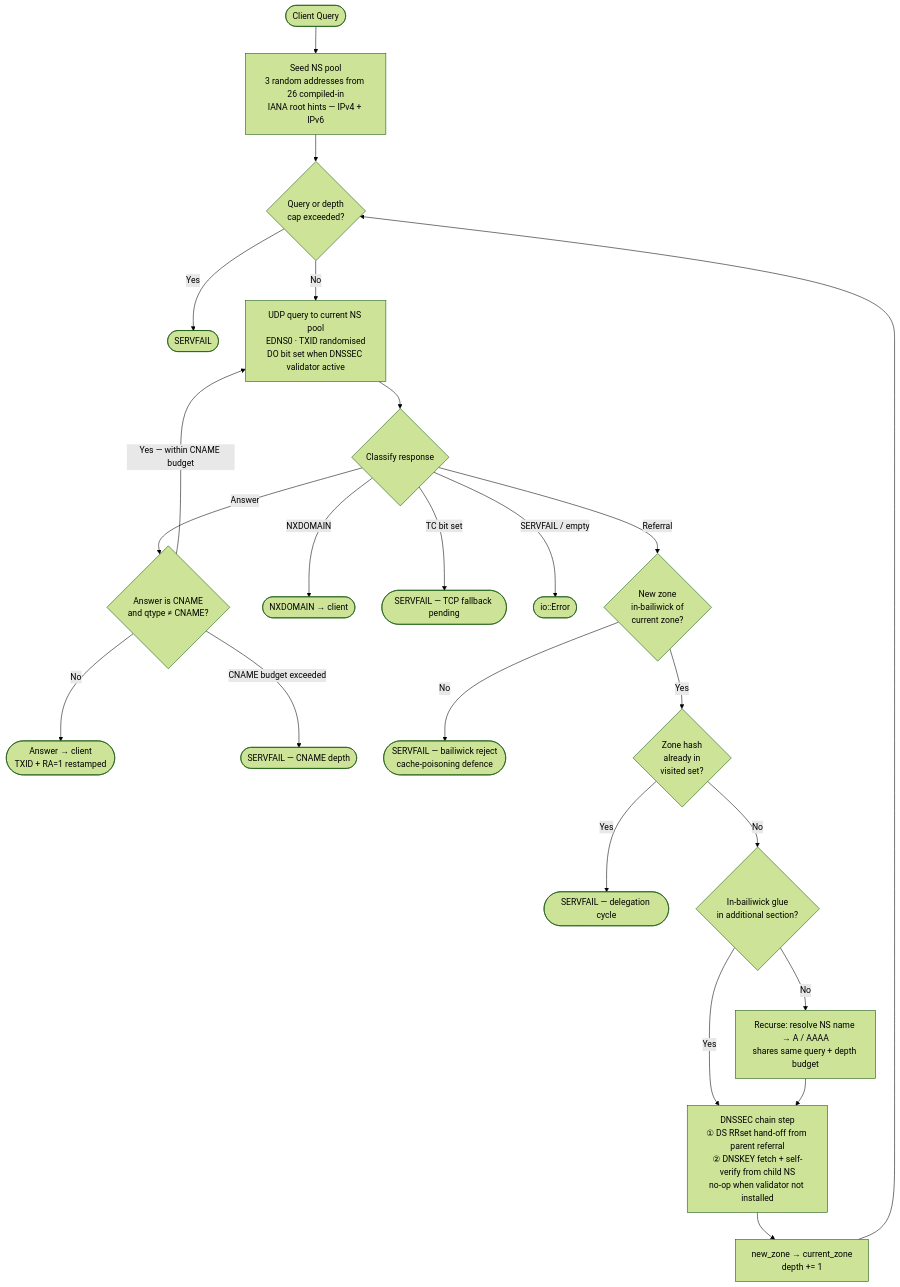
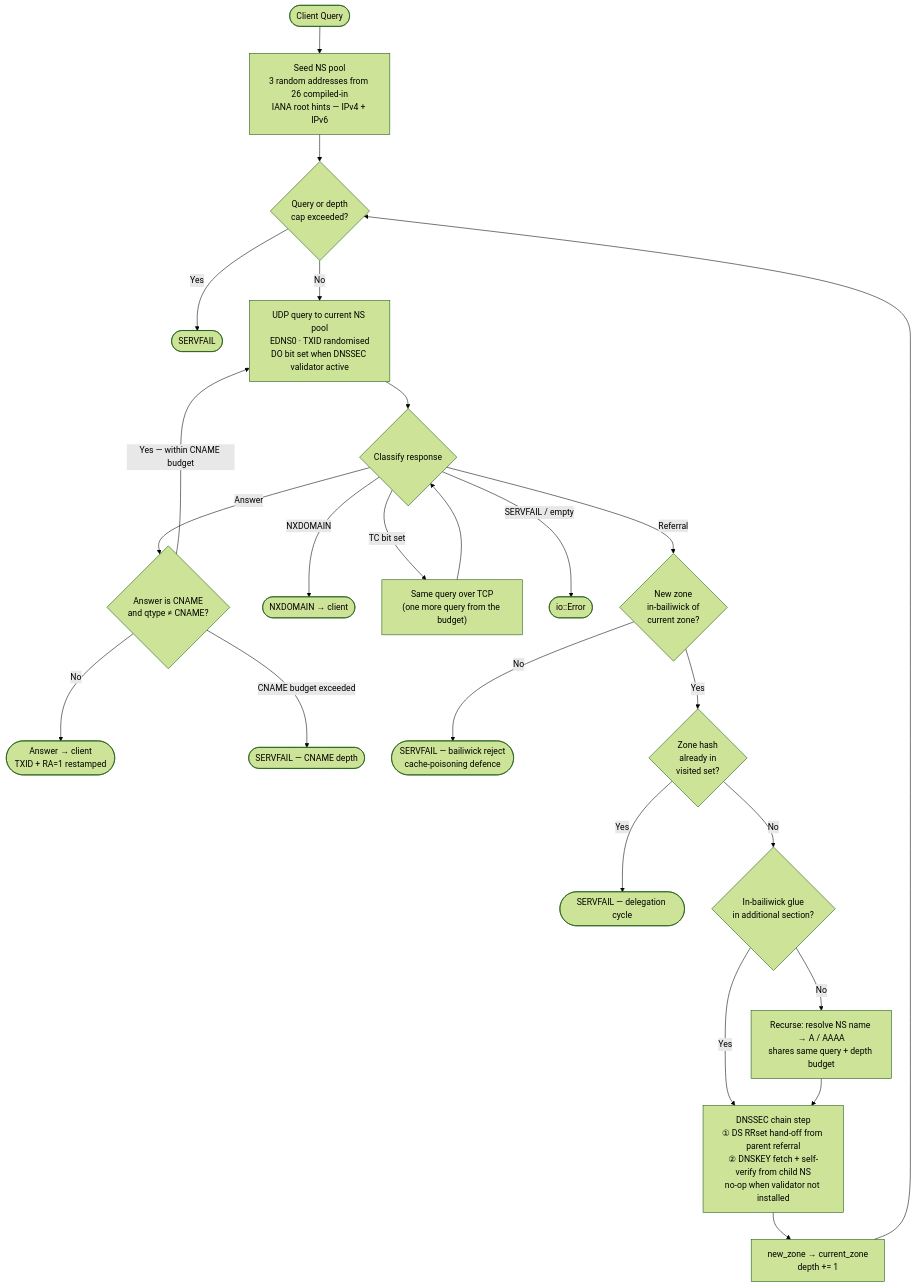
The sixth of 6 diagrams in docs/Architecture.md (slundi/dgaard), drawn with Mermaid (forest theme) before and after one commit. The commit also changed 8 other files, not shown here.

First line of the commit message:
feat(dns): TCP listener, UDP truncation and TCP fallback (RFC 7766)

````diff
--- a/docs/Architecture.md
+++ b/docs/Architecture.md
@@ -200,40 +200,41 @@
 ```mermaid
 flowchart TD
     IN([Client Query]) --> ROOTS
 
     ROOTS["Seed NS pool\n3 random addresses from 26 compiled-in\nIANA root hints — IPv4 + IPv6"]
     ROOTS --> CAPS
 
     CAPS{"Query or depth\ncap exceeded?"}
     CAPS -->|Yes| FAIL(["SERVFAIL"])
     CAPS -->|No| QUERY
 
     QUERY["UDP query to current NS pool\nEDNS0 · TXID randomised\nDO bit set when DNSSEC validator active"]
     QUERY --> CLASSIFY
 
     CLASSIFY{Classify response}
     CLASSIFY -->|Answer| CNAME{"Answer is CNAME\nand qtype ≠ CNAME?"}
     CLASSIFY -->|NXDOMAIN| NX(["NXDOMAIN → client"])
-    CLASSIFY -->|TC bit set| TC(["SERVFAIL — TCP fallback pending"])
+    CLASSIFY -->|TC bit set| TC["Same query over TCP\n(one more query from the budget)"]
+    TC --> CLASSIFY
     CLASSIFY -->|SERVFAIL / empty| ERR(["io::Error"])
     CLASSIFY -->|Referral| BAIL
 
     CNAME -->|No| ANS(["Answer → client\nTXID + RA=1 restamped"])
     CNAME -->|Yes — within CNAME budget| QUERY
     CNAME -->|CNAME budget exceeded| FAIL2(["SERVFAIL — CNAME depth"])
 
     BAIL{"New zone\nin-bailiwick of\ncurrent zone?"}
     BAIL -->|No| FAIL3(["SERVFAIL — bailiwick reject\ncache-poisoning defence"])
     BAIL -->|Yes| VISITED{"Zone hash\nalready in\nvisited set?"}
 
     VISITED -->|Yes| FAIL4(["SERVFAIL — delegation cycle"])
     VISITED -->|No| GLUE{"In-bailiwick glue\nin additional section?"}
 
     GLUE -->|Yes| DNSSEC
     GLUE -->|No| NS_ADDR["Recurse: resolve NS name → A / AAAA\nshares same query + depth budget"]
     NS_ADDR --> DNSSEC
 
     DNSSEC["DNSSEC chain step\n① DS RRset hand-off from parent referral\n② DNSKEY fetch + self-verify from child NS\nno-op when validator not installed"]
     DNSSEC --> ADVANCE["new_zone → current_zone\ndepth += 1"]
     ADVANCE --> CAPS
 ```
````
